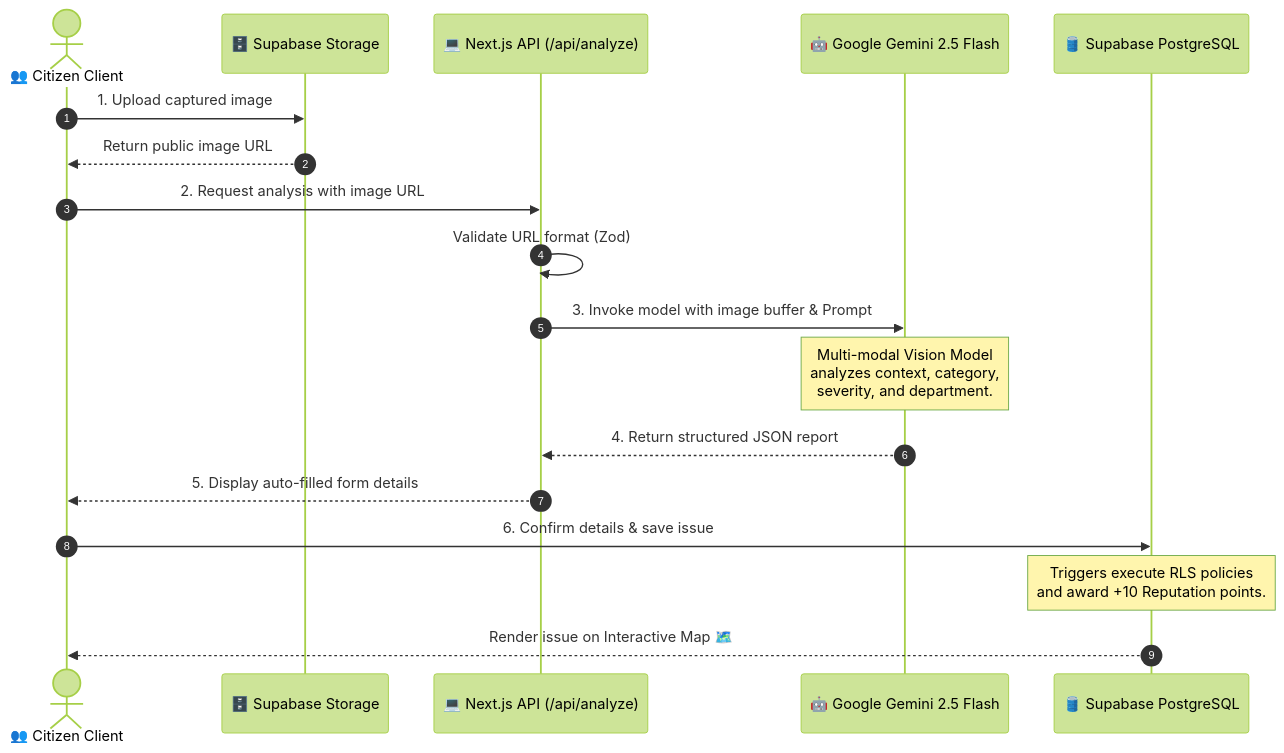
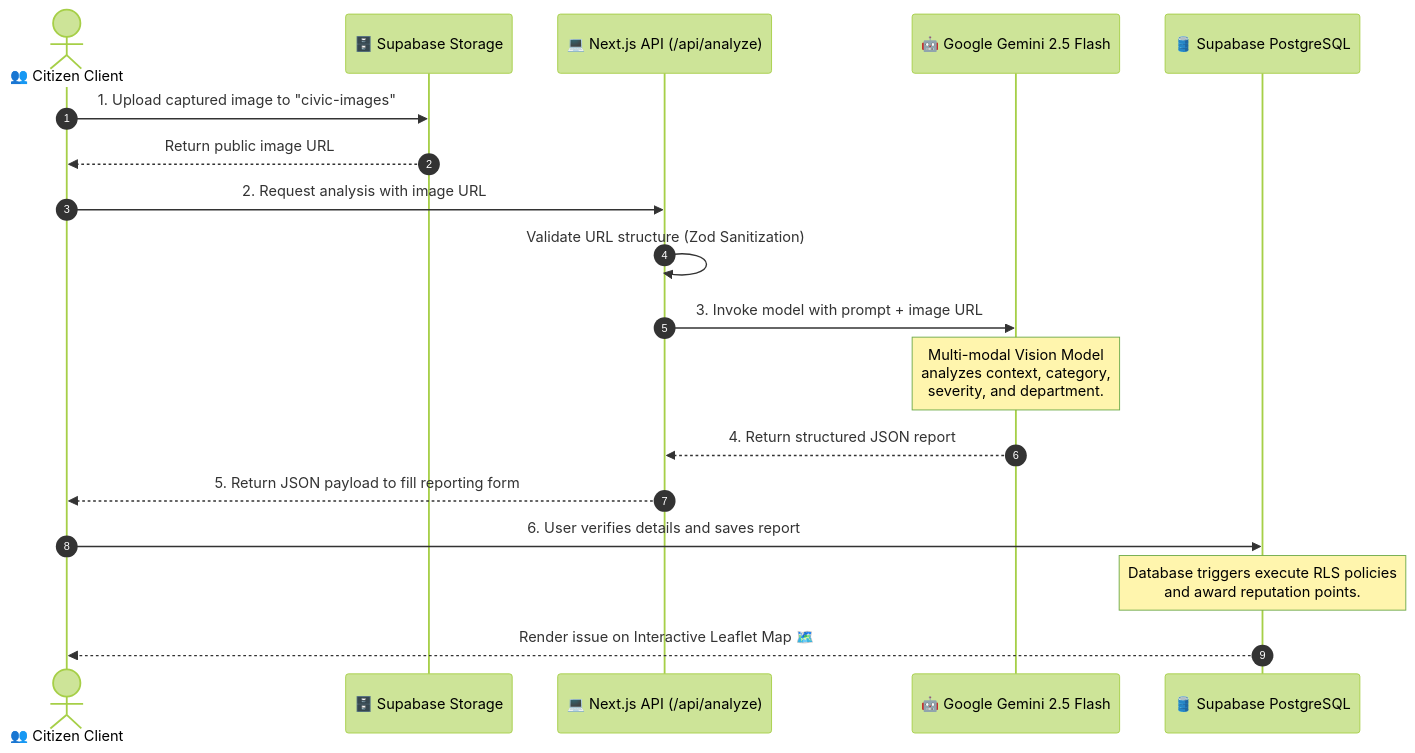
The first of 2 diagrams in README.md (hetpatel1b/CivicMind-AI), drawn with Mermaid (forest theme) before and after one commit. The commit also changed other lines of this file and 3 other files, not shown here.

````diff
--- a/README.md
+++ b/README.md
@@ -149,21 +161,21 @@
 ```mermaid
 sequenceDiagram
     autonumber
     actor Citizen as 👥 Citizen Client
     participant Storage as 🗄️ Supabase Storage
     participant API as 💻 Next.js API (/api/analyze)
     participant Gemini as 🤖 Google Gemini 2.5 Flash
     participant DB as 🛢️ Supabase PostgreSQL
 
-    Citizen->>Storage: 1. Upload captured image
+    Citizen->>Storage: 1. Upload captured image to "civic-images"
     Storage-->>Citizen: Return public image URL
     Citizen->>API: 2. Request analysis with image URL
-    API->>API: Validate URL format (Zod)
-    API->>Gemini: 3. Invoke model with image buffer & Prompt
+    API->>API: Validate URL structure (Zod Sanitization)
+    API->>Gemini: 3. Invoke model with prompt + image URL
     Note over Gemini: Multi-modal Vision Model<br/>analyzes context, category,<br/>severity, and department.
     Gemini-->>API: 4. Return structured JSON report
-    API-->>Citizen: 5. Display auto-filled form details
-    Citizen->>DB: 6. Confirm details & save issue
-    Note over DB: Triggers execute RLS policies<br/>and award +10 Reputation points.
-    DB-->>Citizen: Render issue on Interactive Map 🗺️
+    API-->>Citizen: 5. Return JSON payload to fill reporting form
+    Citizen->>DB: 6. User verifies details and saves report
+    Note over DB: Database triggers execute RLS policies<br/>and award reputation points.
+    DB-->>Citizen: Render issue on Interactive Leaflet Map 🗺️
 ```
````
